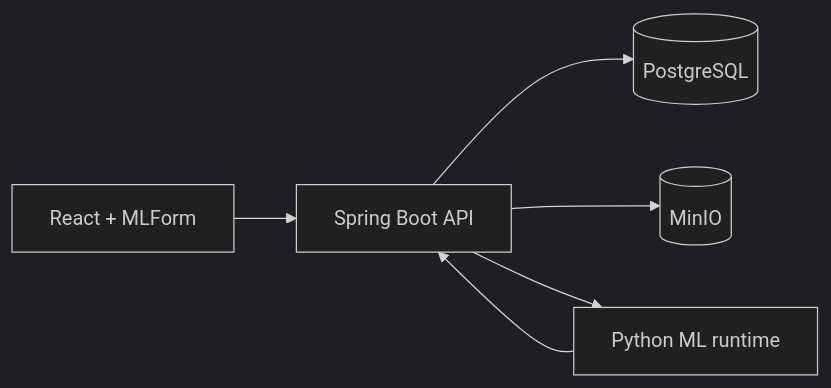
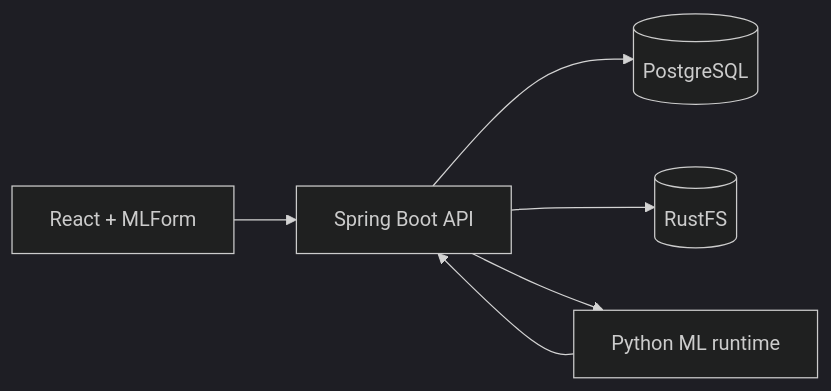
Before and after one commit to UlloaSP/mlsuite: the diagram in README.md, drawn with Mermaid (dark theme). The commit also changed other lines of this file and 27 other files, not shown here.

First line of the commit message:
feat!: replace MinIO with RustFS for object storage

````diff
--- a/README.md
+++ b/README.md
@@ -601,8 +601,8 @@
 ```mermaid
 flowchart LR
     UI[React + MLForm] --> API[Spring Boot API]
     API --> DB[(PostgreSQL)]
-    API --> STORE[(MinIO)]
+    API --> STORE[(RustFS)]
     API --> ML[Python ML runtime]
     ML --> API
 ```
````
